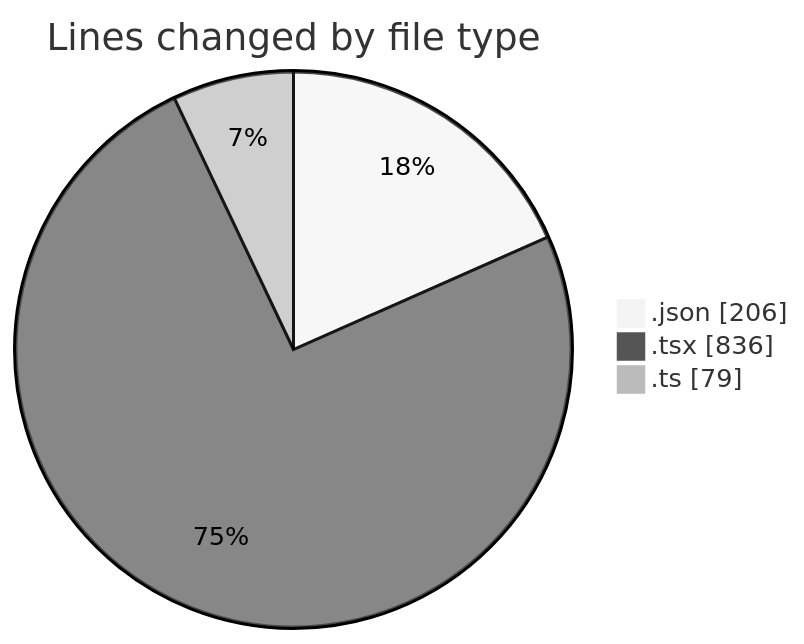
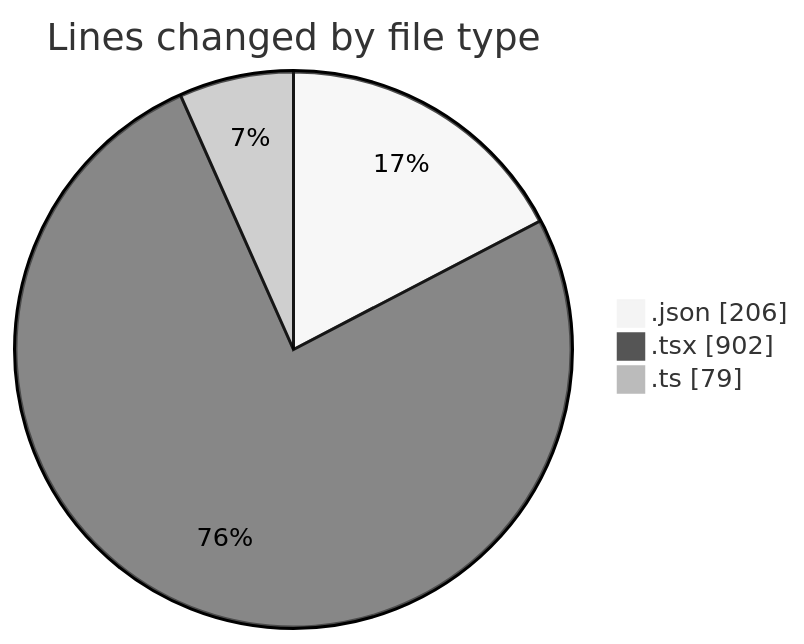
The first of 2 diagrams in 2025-05-09/un_laala/README.md (Elitesun/code-tracking), drawn with Mermaid (neutral theme) before and after one commit. The commit also changed other lines of this file and 1 other file, not shown here.

````diff
--- a/2025-05-09/un_laala/README.md
+++ b/2025-05-09/un_laala/README.md
@@ -26,7 +26,7 @@
 ```mermaid
 pie showData
 title Lines changed by file type
 ".json" : 206
-".tsx" : 836
+".tsx" : 902
 ".ts" : 79
 ```
````
